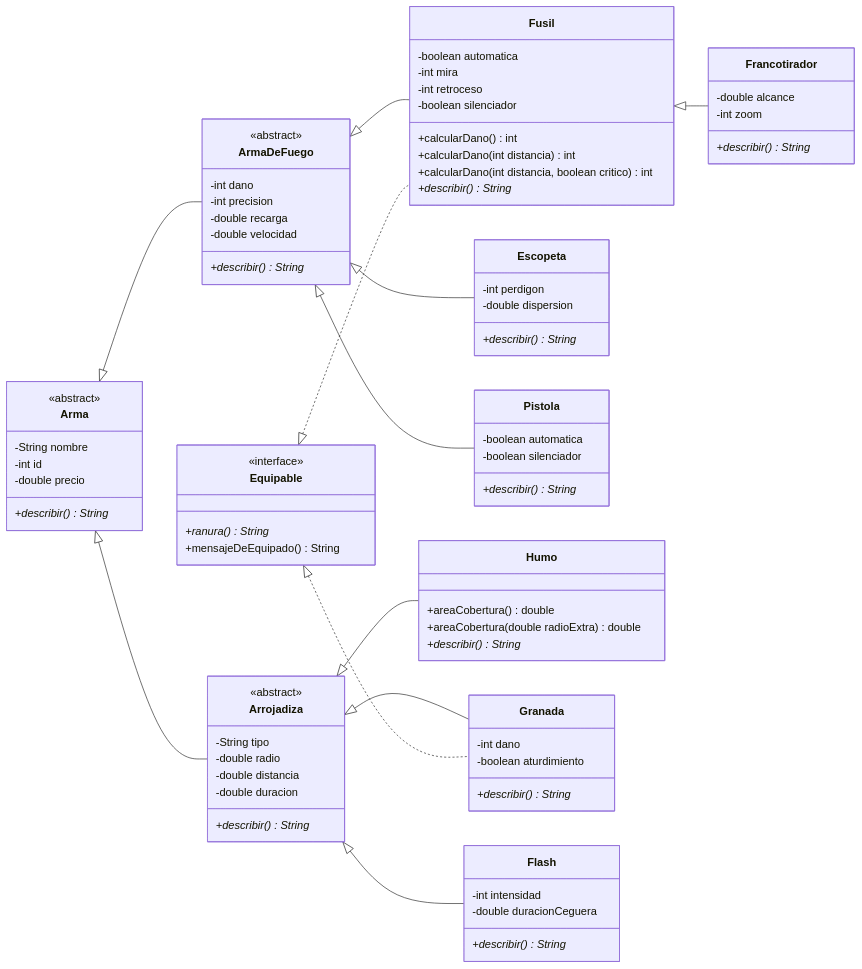
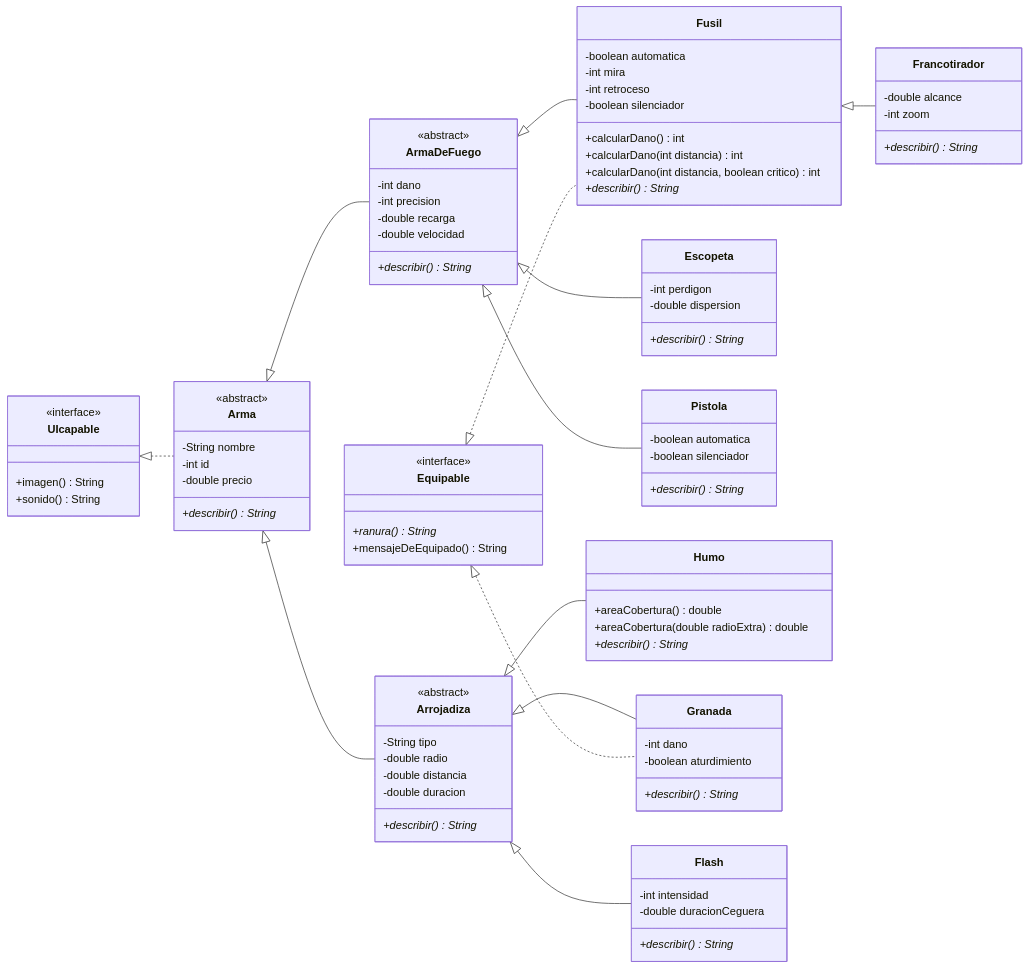
The first of 2 diagrams in README.md (MauricioPecci/MPecci-tplp3-2026), drawn with Mermaid before and after one commit. The commit also changed other lines of this file and 12 other files, not shown here.

````diff
--- a/README.md
+++ b/README.md
@@ -116,6 +135,11 @@
         <<interface>>
         +ranura()* String
         +mensajeDeEquipado() String
+    }
+    class UIcapable {
+        <<interface>>
+        +imagen() String
+        +sonido() String
     }
     class Arma {
         <<abstract>>
@@ -191,4 +215,5 @@
     Arrojadiza <|-- Flash
     Equipable <|.. Fusil
     Equipable <|.. Granada
+    UIcapable <|.. Arma
 ```
````
